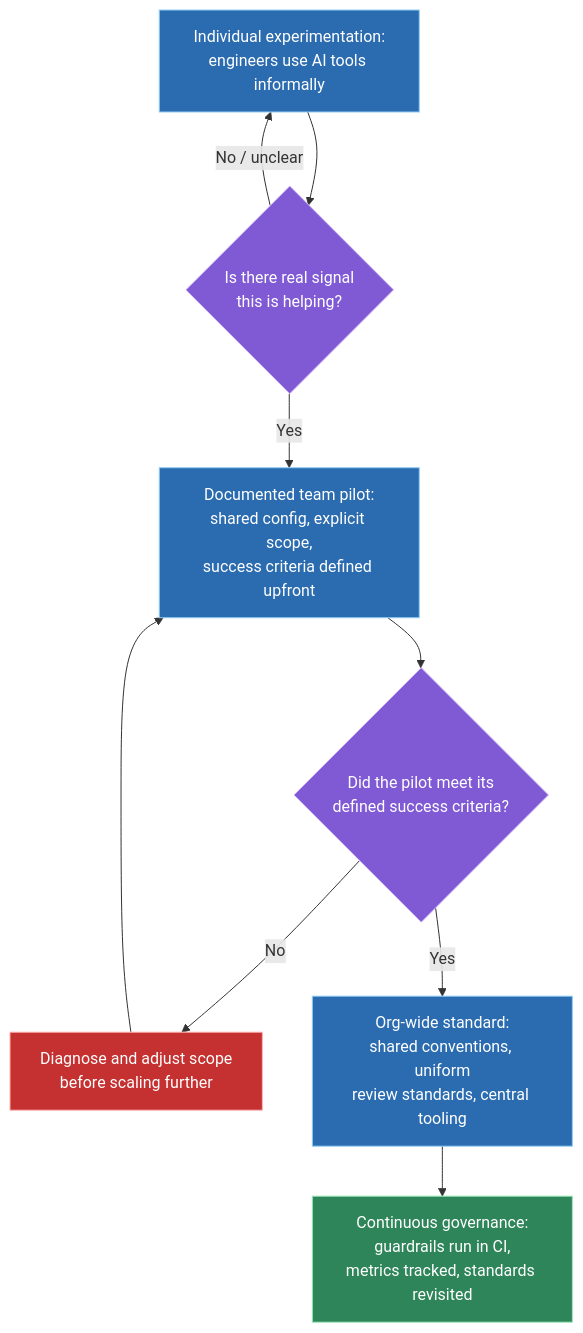
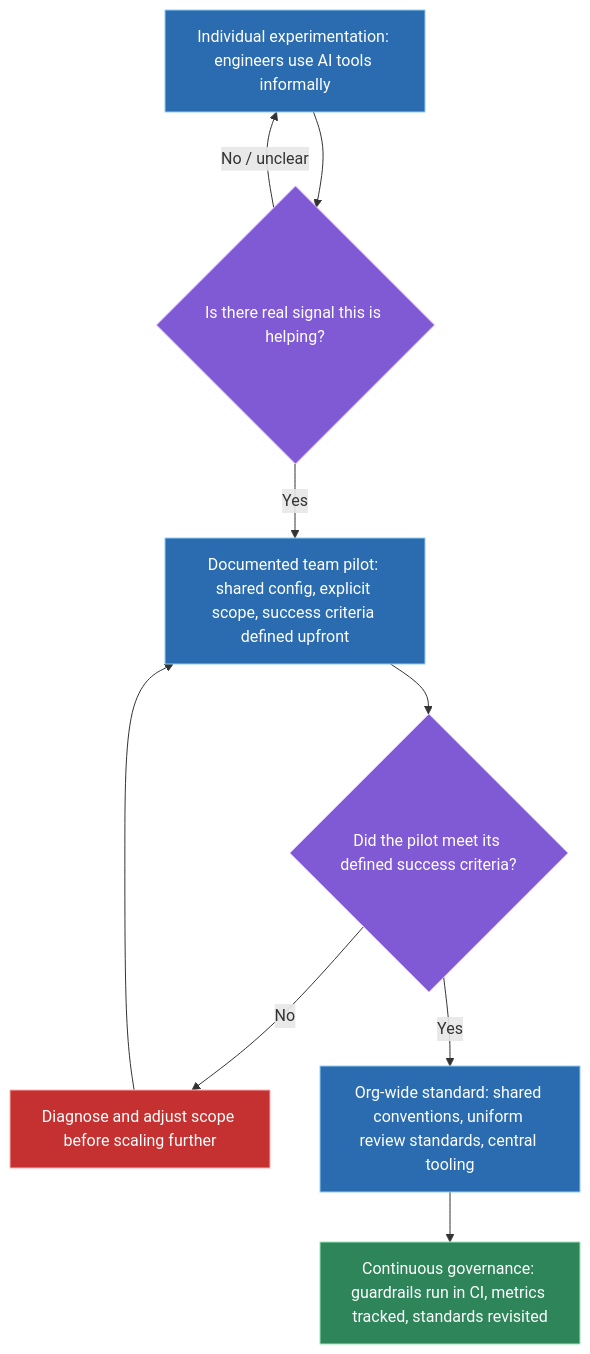
Before and after one commit to vinayakhumberi/litmus: the first of 2 diagrams in data/topics/leading-ai-tool-adoption.md, drawn with Mermaid. The commit also changed other lines of this file and 68 other files, not shown here.

````diff
--- a/data/topics/leading-ai-tool-adoption.md
+++ b/data/topics/leading-ai-tool-adoption.md
@@ -102,21 +102,21 @@
 ```mermaid
 graph TD
-    A["Individual experimentation:<br>engineers use AI tools informally"] --> B{"Is there real signal<br>this is helping?"}
+    A["Individual experimentation: engineers use AI tools informally"] --> B{"Is there real signal this is helping?"}
     B -- "No / unclear" --> A
-    B -- "Yes" --> C["Documented team pilot:<br>shared config, explicit scope,<br>success criteria defined upfront"]
-    C --> D{"Did the pilot meet its<br>defined success criteria?"}
-    D -- "No" --> E["Diagnose and adjust scope<br>before scaling further"]
+    B -- "Yes" --> C["Documented team pilot: shared config, explicit scope, success criteria defined upfront"]
+    C --> D{"Did the pilot meet its defined success criteria?"}
+    D -- "No" --> E["Diagnose and adjust scope before scaling further"]
     E --> C
-    D -- "Yes" --> F["Org-wide standard:<br>shared conventions, uniform<br>review standards, central tooling"]
-    F --> G["Continuous governance:<br>guardrails run in CI,<br>metrics tracked, standards revisited"]
+    D -- "Yes" --> F["Org-wide standard: shared conventions, uniform review standards, central tooling"]
+    F --> G["Continuous governance: guardrails run in CI, metrics tracked, standards revisited"]
 
     classDef stage fill:#2b6cb0,stroke:#90cdf4,color:#fff
     classDef decision fill:#805ad5,stroke:#d6bcfa,color:#fff
     classDef fix fill:#c53030,stroke:#feb2b2,color:#fff
     classDef done fill:#2f855a,stroke:#9ae6b4,color:#fff
 
     class A,C,F stage
     class B,D decision
     class E fix
     class G done
 ```
````
